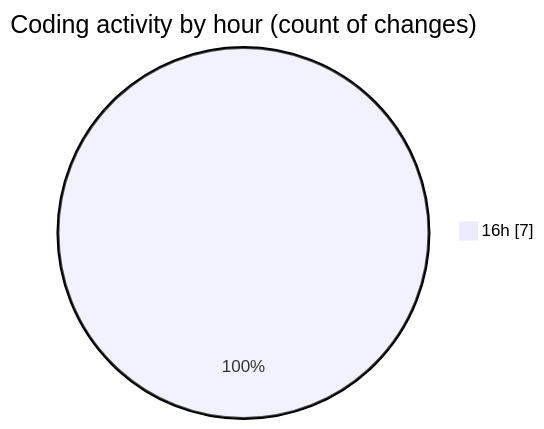
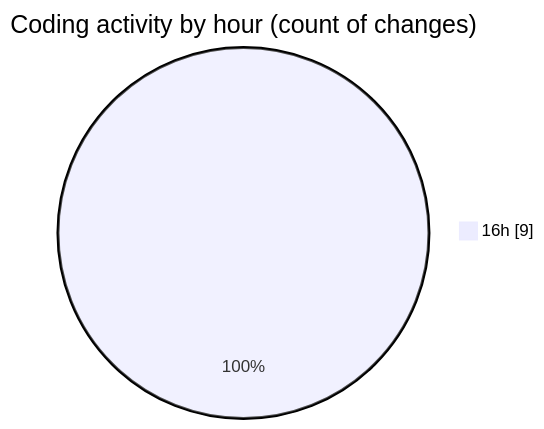
The second of 2 diagrams in 2025-01-28/java/README.md (NitaiMahat/code-tracking), drawn with Mermaid before and after one commit. The commit also changed other lines of this file and 1 other file, not shown here.

````diff
--- a/2025-01-28/java/README.md
+++ b/2025-01-28/java/README.md
@@ -29,5 +29,5 @@
 ```mermaid
 pie showData
 title Coding activity by hour (count of changes)
-"16h" : 7
+"16h" : 9
 ```
````
